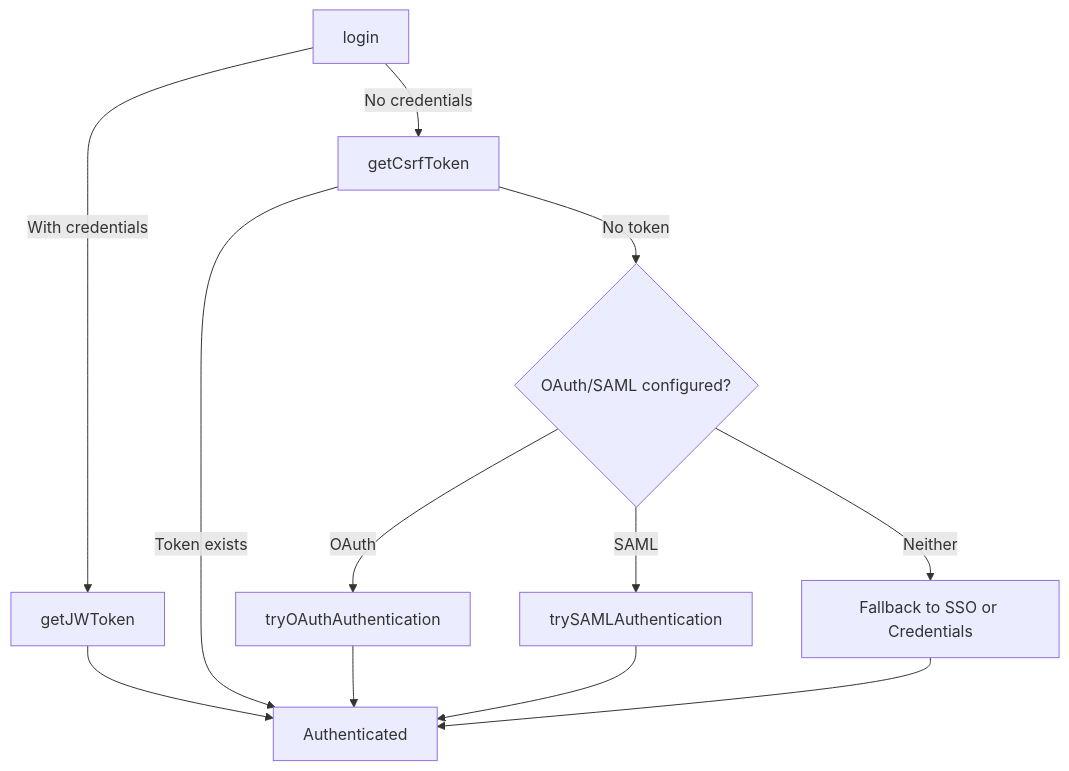
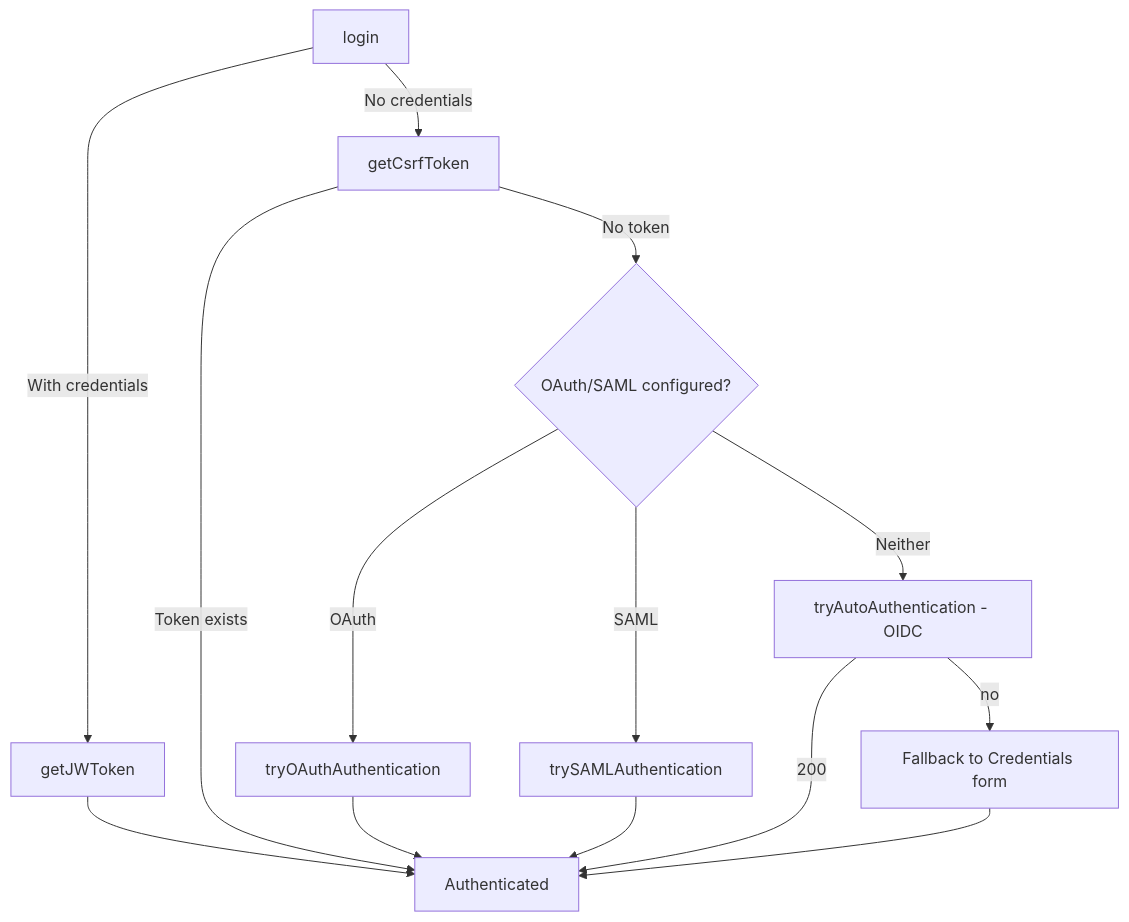
Before and after one commit to sinequa/sba-mint: the diagram in docusaurus/docs/atomic/authentication/login.md, drawn with Mermaid. The commit also changed other lines of this file and 17 other files, not shown here.

First line of the commit message:
docs(atomic): publish authentication docs (getCsrfToken null contract, OIDC auto-auth, AuthMode 2.0) #noJiraCheck

````diff
--- a/docusaurus/docs/atomic/authentication/login.md
+++ b/docusaurus/docs/atomic/authentication/login.md
@@ -44,14 +45,16 @@
 ```mermaid
 flowchart TD
     A[login] -->|With credentials| B[getJWToken]
     A -->|No credentials| C[getCsrfToken]
     C -->|Token exists| D[Authenticated]
     C -->|No token| E{OAuth/SAML configured?}
     E -->|OAuth| F[tryOAuthAuthentication]
     E -->|SAML| G[trySAMLAuthentication]
-    E -->|Neither| H[Fallback to SSO or Credentials]
+    E -->|Neither| I[tryAutoAuthentication - OIDC]
+    I -->|200| D
+    I -->|no| H[Fallback to Credentials form]
     B --> D
     F --> D
     G --> D
     H --> D
 ```
````
